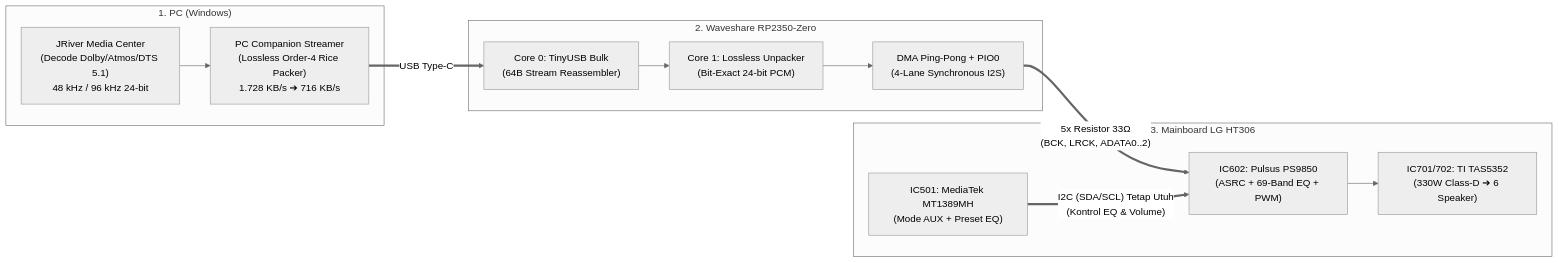
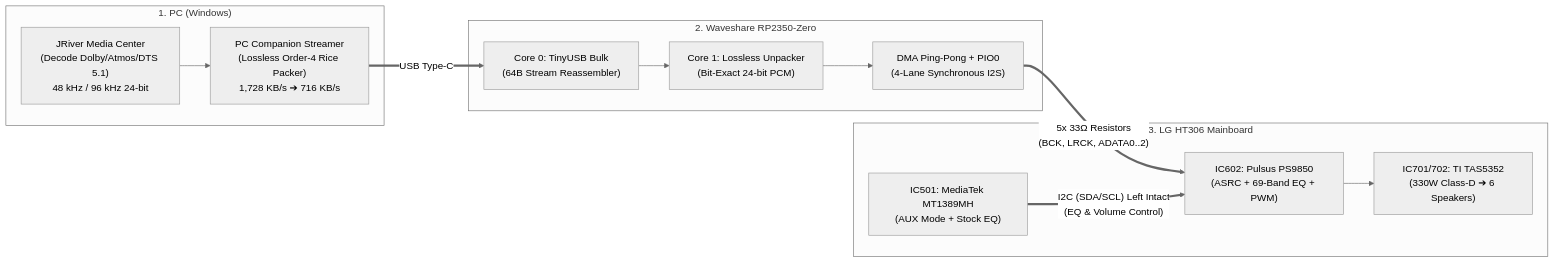
One commit to aan-andiyanaS/LG-HT306-Direct-I2S-5.1-7.1-Lossless-96kHz-USB-Bridge changed the diagram in README.md. Above: the diagram before and after it, drawn with Mermaid (neutral theme). The commit also changed other lines of this file and 11 other files, not shown here.

````diff
--- a/README.md
+++ b/README.md
@@ -26,26 +30,26 @@
 ```mermaid
 flowchart LR
     subgraph PC["1. PC (Windows)"]
         JR["JRiver Media Center\n(Decode Dolby/Atmos/DTS 5.1)\n48 kHz / 96 kHz 24-bit"]
-        STR["PC Companion Streamer\n(Lossless Order-4 Rice Packer)\n1.728 KB/s ➔ 716 KB/s"]
+        STR["PC Companion Streamer\n(Lossless Order-4 Rice Packer)\n1,728 KB/s ➔ 716 KB/s"]
         JR --> STR
     end
 
     subgraph MCU["2. Waveshare RP2350-Zero"]
         C0["Core 0: TinyUSB Bulk\n(64B Stream Reassembler)"]
         C1["Core 1: Lossless Unpacker\n(Bit-Exact 24-bit PCM)"]
         PIO["DMA Ping-Pong + PIO0\n(4-Lane Synchronous I2S)"]
         C0 --> C1 --> PIO
     end
 
-    subgraph HT306["3. Mainboard LG HT306"]
-        MT["IC501: MediaTek MT1389MH\n(Mode AUX + Preset EQ)"]
+    subgraph HT306["3. LG HT306 Mainboard"]
+        MT["IC501: MediaTek MT1389MH\n(AUX Mode + Stock EQ)"]
         PS["IC602: Pulsus PS9850\n(ASRC + 69-Band EQ + PWM)"]
-        TAS["IC701/702: TI TAS5352\n(330W Class-D ➔ 6 Speaker)"]
+        TAS["IC701/702: TI TAS5352\n(330W Class-D ➔ 6 Speakers)"]
         PS --> TAS
     end
 
     STR ==>|"USB Type-C"| C0
-    PIO ==>|"5x Resistor 33Ω\n(BCK, LRCK, ADATA0..2)"| PS
-    MT ==>|"I2C (SDA/SCL) Tetap Utuh\n(Kontrol EQ & Volume)"| PS
+    PIO ==>|"5x 33Ω Resistors\n(BCK, LRCK, ADATA0..2)"| PS
+    MT ==>|"I2C (SDA/SCL) Left Intact\n(EQ & Volume Control)"| PS
 ```
````
